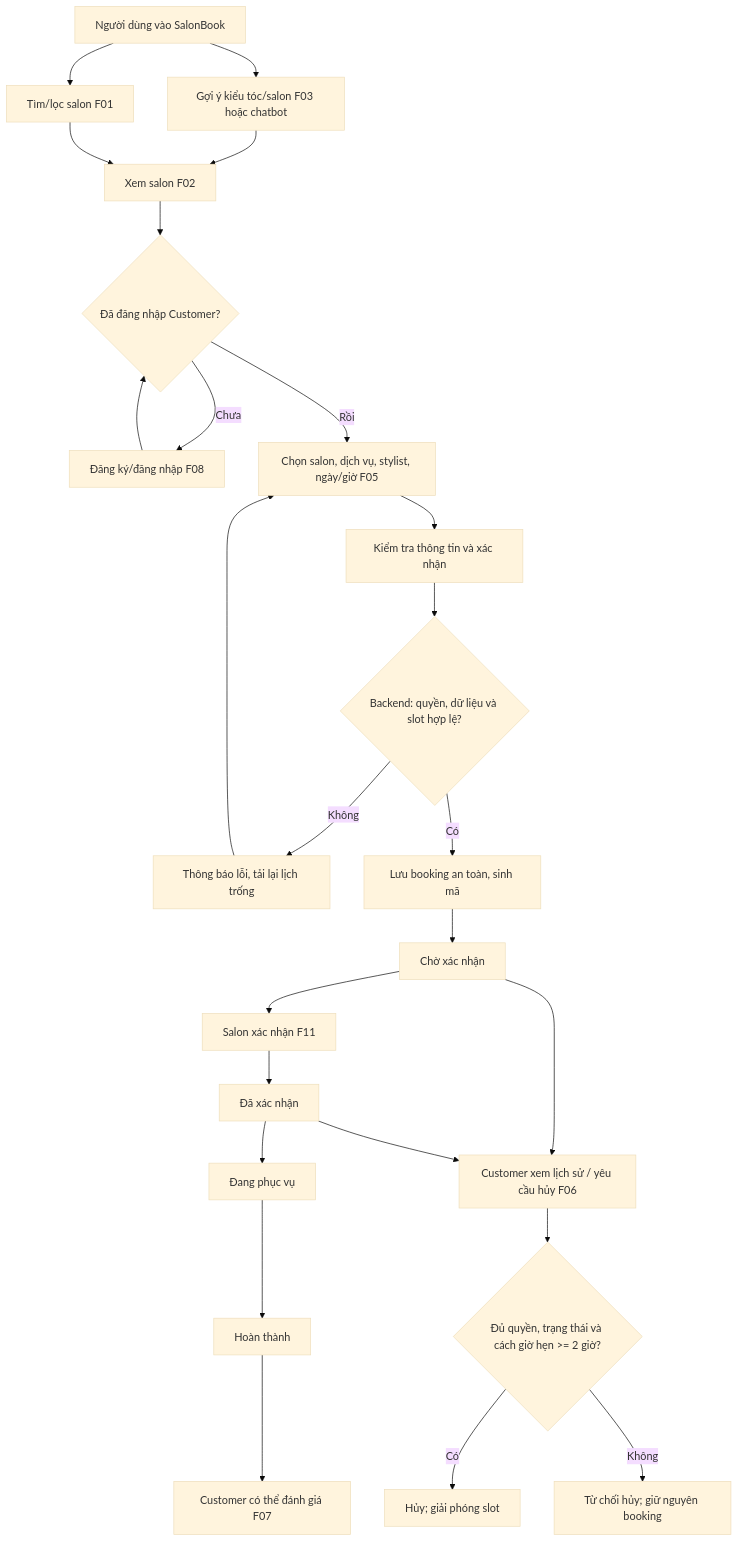
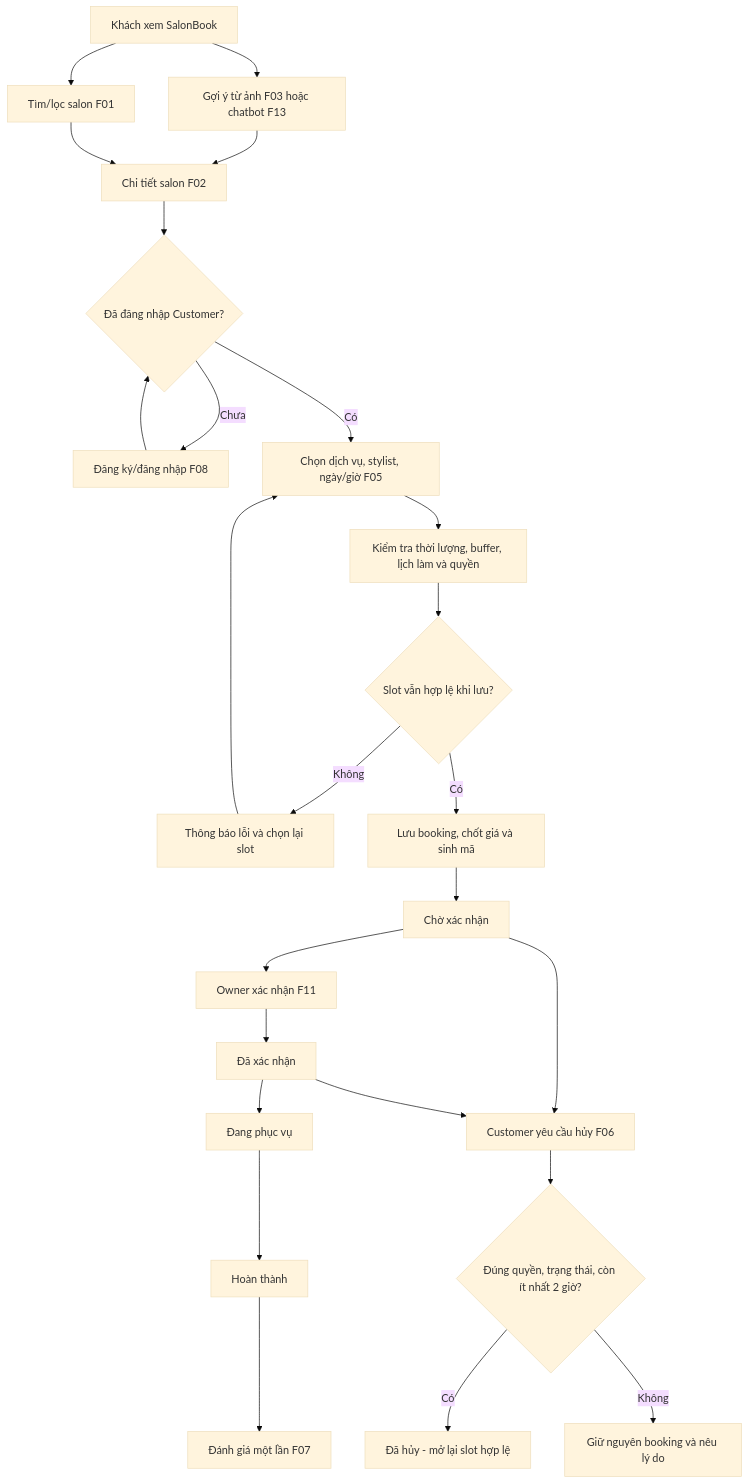
One commit to philipng09/salon-booking-project changed the diagram in docs/business-workflow.md. Above: the diagram before and after it, drawn with Mermaid (base theme). The commit also changed other lines of this file, not shown here.

````diff
--- a/docs/business-workflow.md
+++ b/docs/business-workflow.md
@@ -78,27 +77,27 @@
 ```mermaid
 flowchart TD
-    A[Người dùng vào SalonBook] --> B[Tìm/lọc salon F01]
-    A --> C[Gợi ý kiểu tóc/salon F03 hoặc chatbot]
-    C --> D[Xem salon F02]
+    A[Khách xem SalonBook] --> B[Tìm/lọc salon F01]
+    A --> C[Gợi ý từ ảnh F03 hoặc chatbot F13]
+    C --> D[Chi tiết salon F02]
     B --> D
     D --> E{Đã đăng nhập Customer?}
     E -- Chưa --> F[Đăng ký/đăng nhập F08]
     F --> E
-    E -- Rồi --> G[Chọn salon, dịch vụ, stylist, ngày/giờ F05]
-    G --> H[Kiểm tra thông tin và xác nhận]
-    H --> I{Backend: quyền, dữ liệu và slot hợp lệ?}
-    I -- Không --> J[Thông báo lỗi, tải lại lịch trống]
+    E -- Có --> G[Chọn dịch vụ, stylist, ngày/giờ F05]
+    G --> H[Kiểm tra thời lượng, buffer, lịch làm và quyền]
+    H --> I{Slot vẫn hợp lệ khi lưu?}
+    I -- Không --> J[Thông báo lỗi và chọn lại slot]
     J --> G
-    I -- Có --> K[Lưu booking an toàn, sinh mã]
+    I -- Có --> K[Lưu booking, chốt giá và sinh mã]
     K --> L[Chờ xác nhận]
-    L --> M[Salon xác nhận F11]
+    L --> M[Owner xác nhận F11]
     M --> N[Đã xác nhận]
     N --> O[Đang phục vụ]
     O --> P[Hoàn thành]
-    P --> Q[Customer có thể đánh giá F07]
-    L --> R[Customer xem lịch sử / yêu cầu hủy F06]
+    P --> Q[Đánh giá một lần F07]
+    L --> R[Customer yêu cầu hủy F06]
     N --> R
-    R --> S{Đủ quyền, trạng thái và cách giờ hẹn >= 2 giờ?}
-    S -- Có --> T[Hủy; giải phóng slot]
-    S -- Không --> U[Từ chối hủy; giữ nguyên booking]
+    R --> S{Đúng quyền, trạng thái, còn ít nhất 2 giờ?}
+    S -- Có --> T[Đã hủy - mở lại slot hợp lệ]
+    S -- Không --> U[Giữ nguyên booking và nêu lý do]
 ```
````
